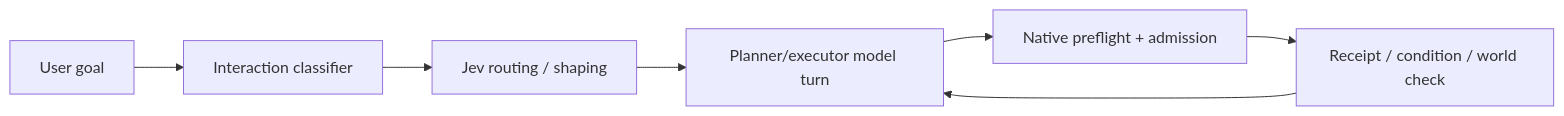
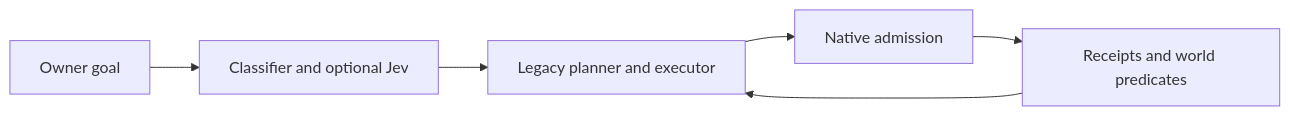
Before and after one commit to TTLouis/factorio-npc: the first of 2 diagrams in docs/GOAL_PURSUIT_HARNESS_EXPERIMENT_2026-10-10.md, drawn with Mermaid. The commit also changed other lines of this file and 21 other files, not shown here.

````diff
--- a/docs/GOAL_PURSUIT_HARNESS_EXPERIMENT_2026-10-10.md
+++ b/docs/GOAL_PURSUIT_HARNESS_EXPERIMENT_2026-10-10.md
@@ -39,9 +16,8 @@
 ```mermaid
 flowchart LR
-  U[User goal] --> I[Interaction classifier]
-  I --> J[Jev routing / shaping]
-  J --> P[Planner/executor model turn]
-  P --> A[Native preflight + admission]
-  A --> R[Receipt / condition / world check]
-  R --> P
+ U[Owner goal] --> I[Classifier and optional Jev]
+ I --> P[Legacy planner and executor]
+ P --> A[Native admission]
+ A --> R[Receipts and world predicates]
+ R --> P
 ```
````
